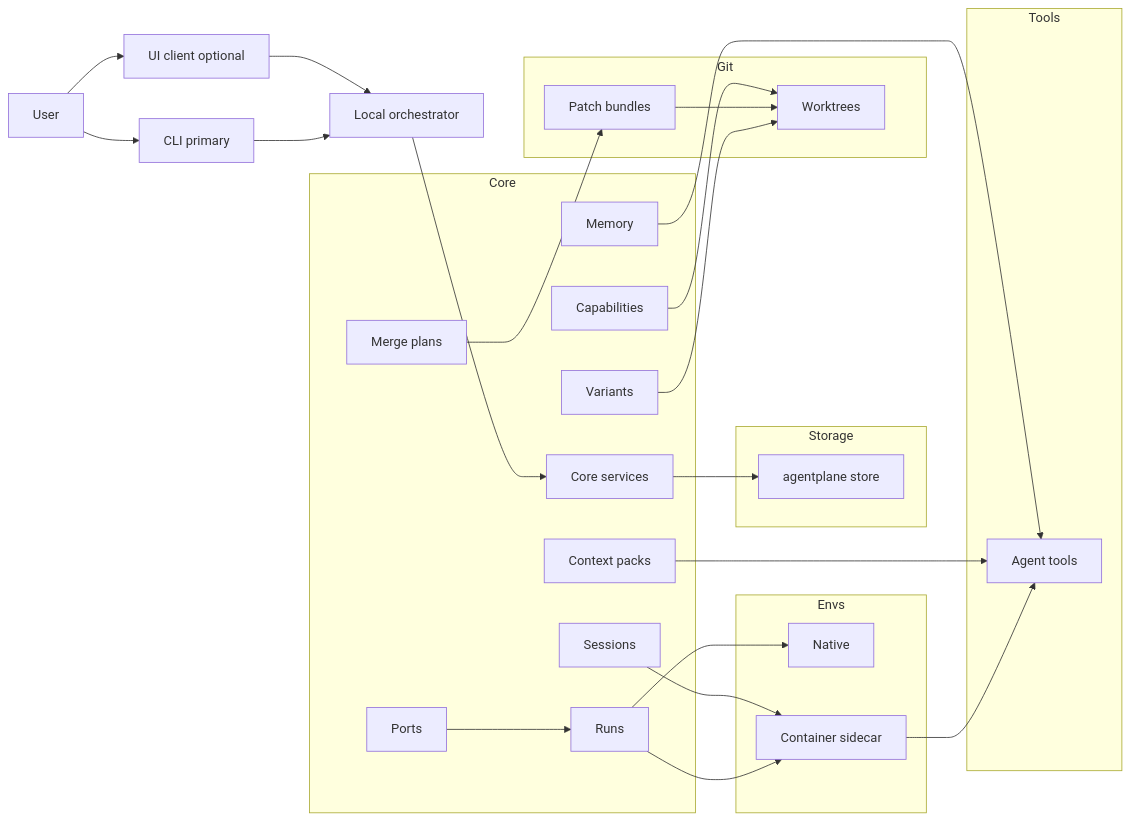
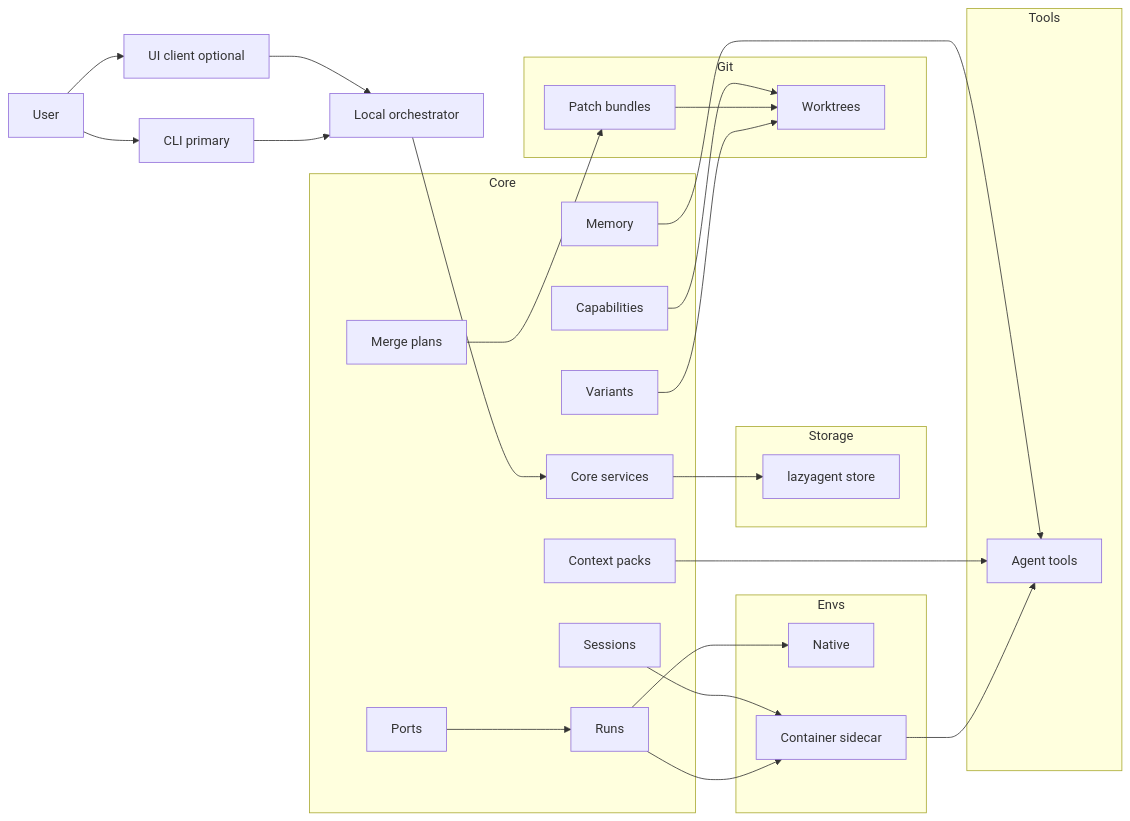
Before and after one commit to Andrey170170/lazyagent_spec: the diagram in plans/07-architecture-diagram.md, drawn with Mermaid. The commit also changed 10 other files, not shown here.

Commit message:
Update documentation to reflect renaming from `agentplane` to `lazyagent` across all relevant files. Adjusted paths for global and per-project storage, environment specifications, and memory layout to ensure consistency in terminology and structure.

````diff
--- a/plans/07-architecture-diagram.md
+++ b/plans/07-architecture-diagram.md
@@ -3,56 +3,56 @@
 ```mermaid
 flowchart LR
   U[User]
   CLI[CLI primary]
   UI[UI client optional]
   Daemon[Local orchestrator]
 
   U --> CLI
   U --> UI
   CLI --> Daemon
   UI --> Daemon
 
   subgraph Core
     CoreHub[Core services]
     VariantMgr[Variants]
     RunExec[Runs]
     SessionMgr[Sessions]
     ContextMgr[Context packs]
     MemoryMgr[Memory]
     CapabilityMgr[Capabilities]
     MergePlan[Merge plans]
     PortMgr[Ports]
   end
 
   subgraph Storage
-    Store[agentplane store]
+    Store[lazyagent store]
   end
 
   subgraph Git
     Worktrees[Worktrees]
     Patches[Patch bundles]
   end
 
   subgraph Envs
     Native[Native]
     Container[Container sidecar]
   end
 
   subgraph Tools
     Tool[Agent tools]
   end
 
   Daemon --> CoreHub
   CoreHub --> Store
   VariantMgr --> Worktrees
   MergePlan --> Patches
   Patches --> Worktrees
   RunExec --> Native
   RunExec --> Container
   SessionMgr --> Container
   Container --> Tool
   PortMgr --> RunExec
   CapabilityMgr --> Worktrees
   ContextMgr --> Tool
   MemoryMgr --> Tool
 ```
````
